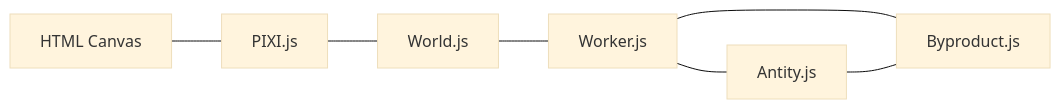
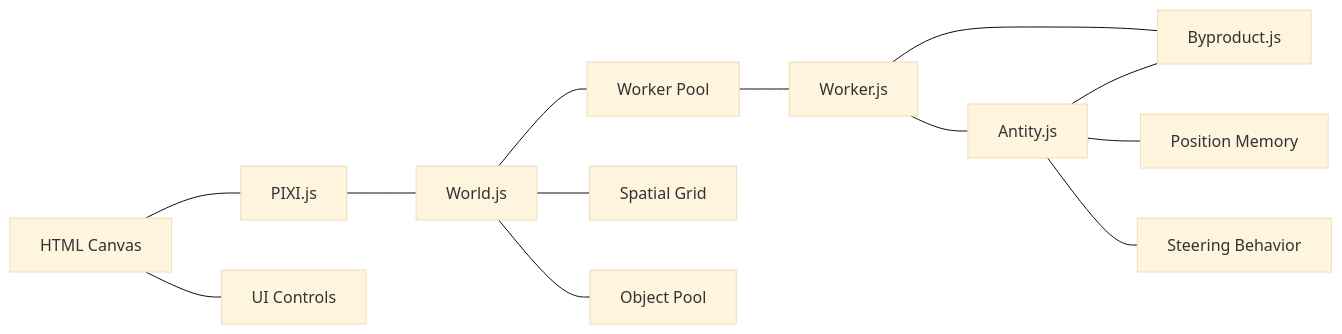
The diagram in memory-bank/techContext.md (digitalantfarm/Antity), drawn with Mermaid (base theme) before and after one commit. The commit also changed other lines of this file and 4 other files, not shown here.

````diff
--- a/memory-bank/techContext.md
+++ b/memory-bank/techContext.md
@@ -26,16 +42,15 @@
 ```mermaid
 flowchart LR
-  HTML["HTML Canvas"]
-  PIXI["PIXI.js"]
-  World["World.js"]
-  Worker["Worker.js"]
-  Entity["Antity.js"]
-  Byproduct["Byproduct.js"]
-  
-  HTML --- PIXI
-  PIXI --- World
-  World --- Worker
-  Worker --- Entity
-  Worker --- Byproduct
+  HTML["HTML Canvas"] --- PIXI["PIXI.js"]
+  HTML --- UI["UI Controls"]
+  PIXI --- World["World.js"]
+  World --- WorkerPool["Worker Pool"]
+  World --- SpatialGrid["Spatial Grid"]
+  World --- ObjectPool["Object Pool"]
+  WorkerPool --- Worker["Worker.js"]
+  Worker --- Entity["Antity.js"]
+  Worker --- Byproduct["Byproduct.js"]
   Entity --- Byproduct
+  Entity --- Memory["Position Memory"]
+  Entity --- Steering["Steering Behavior"]
 ```
````
